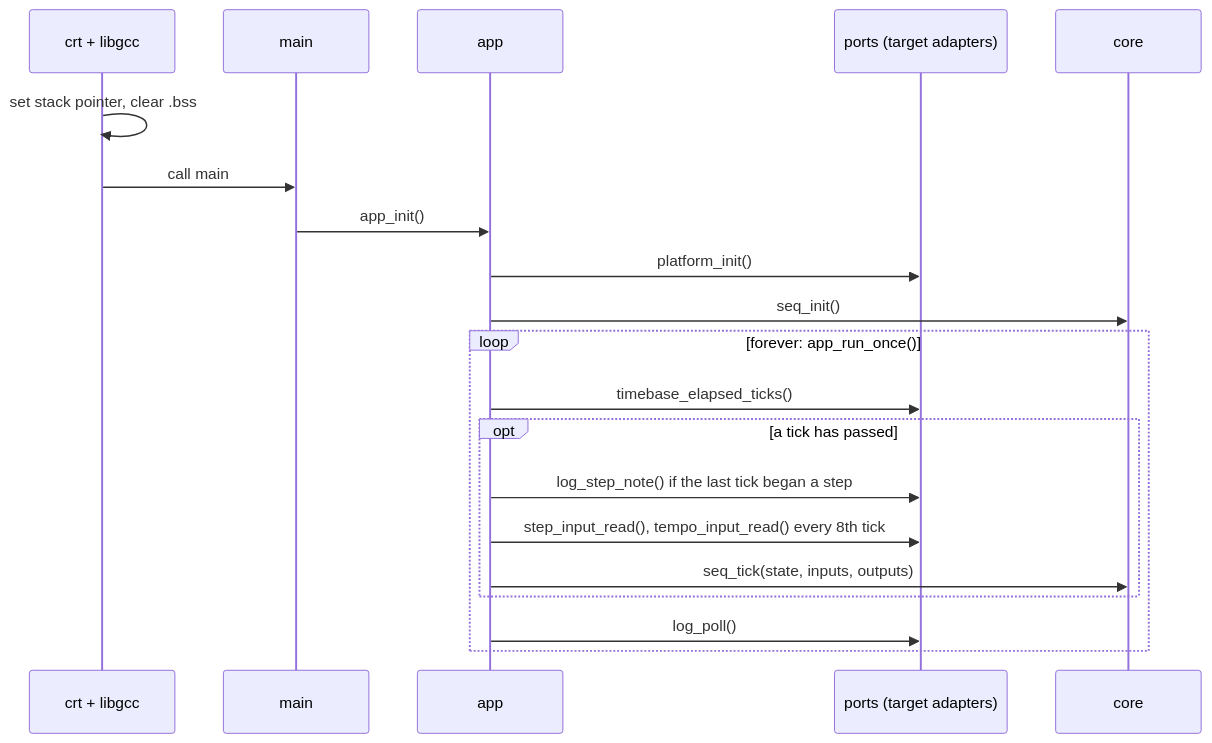
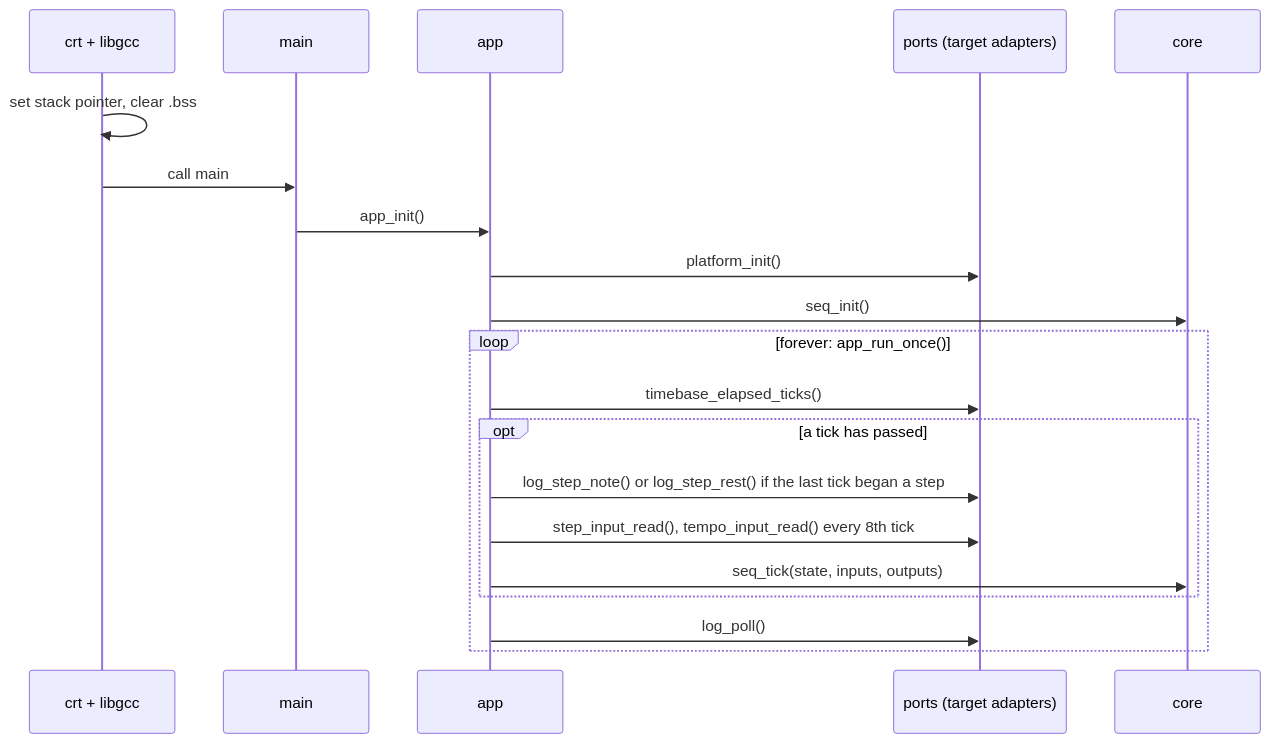
One commit to BonelessPig/nano_sequencer changed the third of 19 diagrams in docs/ARCHITECTURE.md. Above: the diagram before and after it, drawn with Mermaid. The commit also changed other lines of this file and 33 other files, not shown here.

````diff
--- a/docs/ARCHITECTURE.md
+++ b/docs/ARCHITECTURE.md
@@ -117,22 +119,22 @@
 ```mermaid
 sequenceDiagram
     participant CRT as crt + libgcc
     participant M as main
     participant A as app
     participant P as ports (target adapters)
     participant C as core
     CRT->>CRT: set stack pointer, clear .bss
     CRT->>M: call main
     M->>A: app_init()
     A->>P: platform_init()
     A->>C: seq_init()
     loop forever: app_run_once()
         A->>P: timebase_elapsed_ticks()
         opt a tick has passed
-            A->>P: log_step_note() if the last tick began a step
+            A->>P: log_step_note() or log_step_rest() if the last tick began a step
             A->>P: step_input_read(), tempo_input_read() every 8th tick
             A->>C: seq_tick(state, inputs, outputs)
         end
         A->>P: log_poll()
     end
 ```
````
